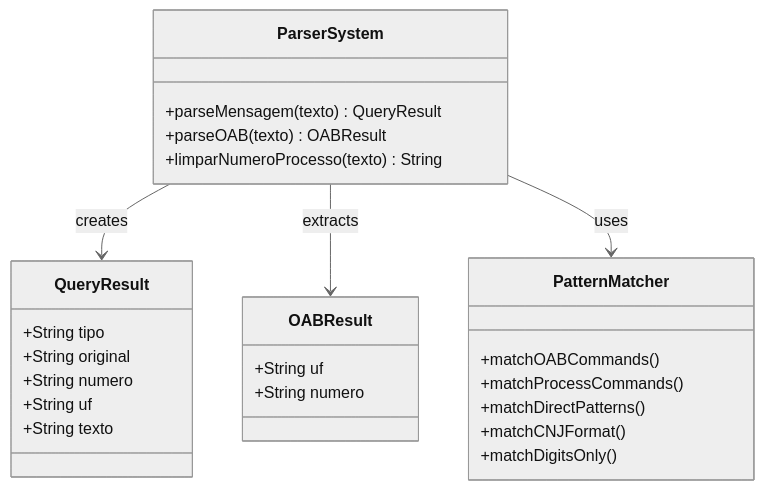
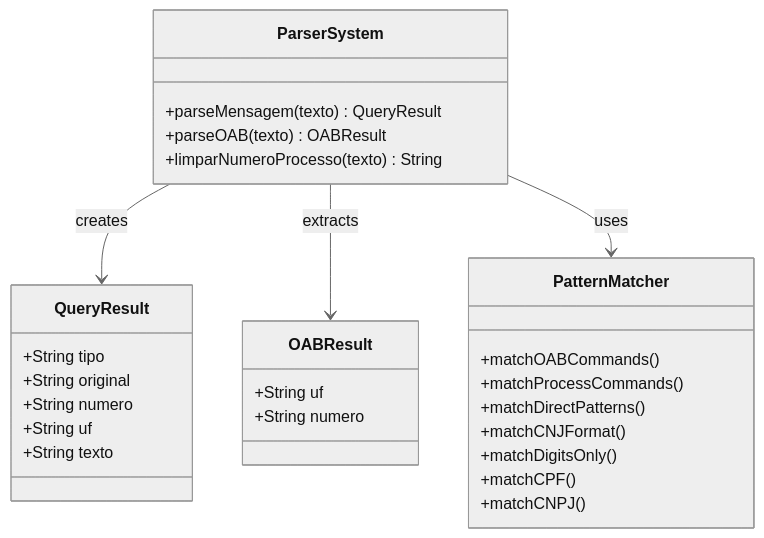
Before and after one commit to Alexandrexicara/bot-processos: the third of 6 diagrams in .qoder/repowiki/en/content/Telegram Bot Integration/Parser System.md, drawn with Mermaid (neutral theme). The commit also changed other lines of this file and 3 other files, not shown here.

````diff
--- a/.qoder/repowiki/en/content/Telegram Bot Integration/Parser System.md
+++ b/.qoder/repowiki/en/content/Telegram Bot Integration/Parser System.md
@@ -184,29 +206,31 @@
 ```mermaid
 classDiagram
 class ParserSystem {
 +parseMensagem(texto) QueryResult
 +parseOAB(texto) OABResult
 +limparNumeroProcesso(texto) String
 }
 class QueryResult {
 +String tipo
 +String original
 +String numero
 +String uf
 +String texto
 }
 class OABResult {
 +String uf
 +String numero
 }
 class PatternMatcher {
 +matchOABCommands()
 +matchProcessCommands()
 +matchDirectPatterns()
 +matchCNJFormat()
 +matchDigitsOnly()
++matchCPF()
++matchCNPJ()
 }
 ParserSystem --> QueryResult : creates
 ParserSystem --> OABResult : extracts
 ParserSystem --> PatternMatcher : uses
 ```
````
